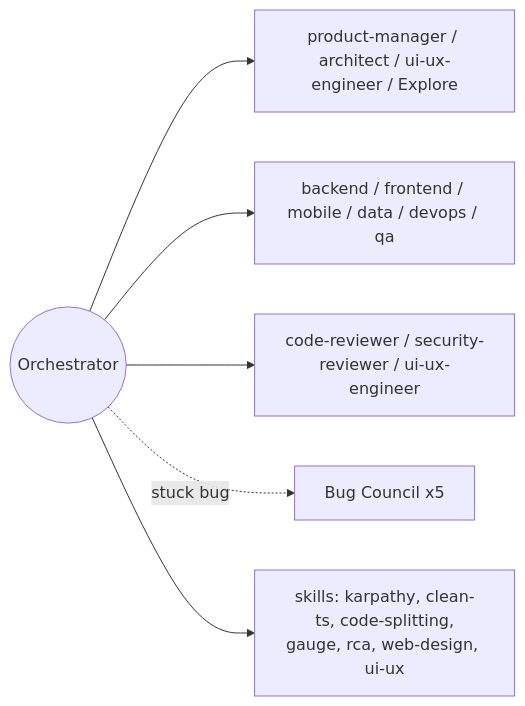
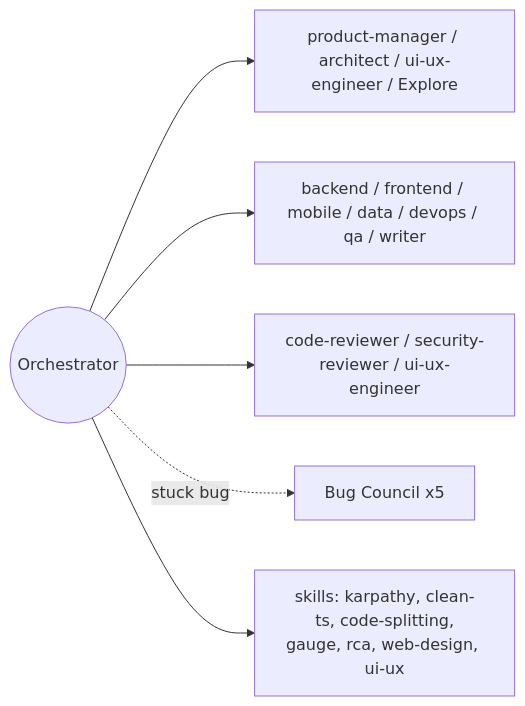
One commit to jaysonventura/claude-dev-team changed the fourth of 7 diagrams in README.md. Above: the diagram before and after it, drawn with Mermaid. The commit also changed other lines of this file and 5 other files, not shown here.

````diff
--- a/README.md
+++ b/README.md
@@ -131,8 +131,8 @@
 ```mermaid
 flowchart LR
     O(("Orchestrator")) --> RES["product-manager / architect / ui-ux-engineer / Explore"]
-    O --> BUILD["backend / frontend / mobile / data / devops / qa"]
+    O --> BUILD["backend / frontend / mobile / data / devops / qa / writer"]
     O --> REV["code-reviewer / security-reviewer / ui-ux-engineer"]
     O -.->|"stuck bug"| BC["Bug Council x5"]
     O --> SK["skills: karpathy, clean-ts, code-splitting,<br/>gauge, rca, web-design, ui-ux"]
 ```
````
